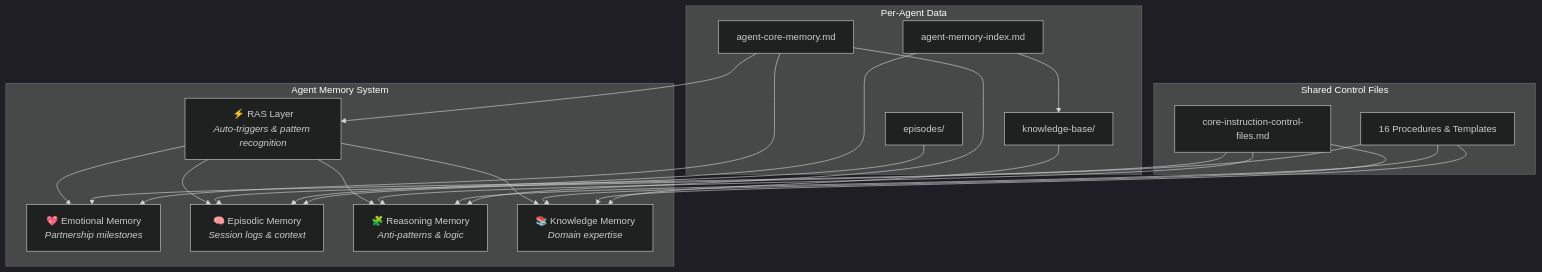
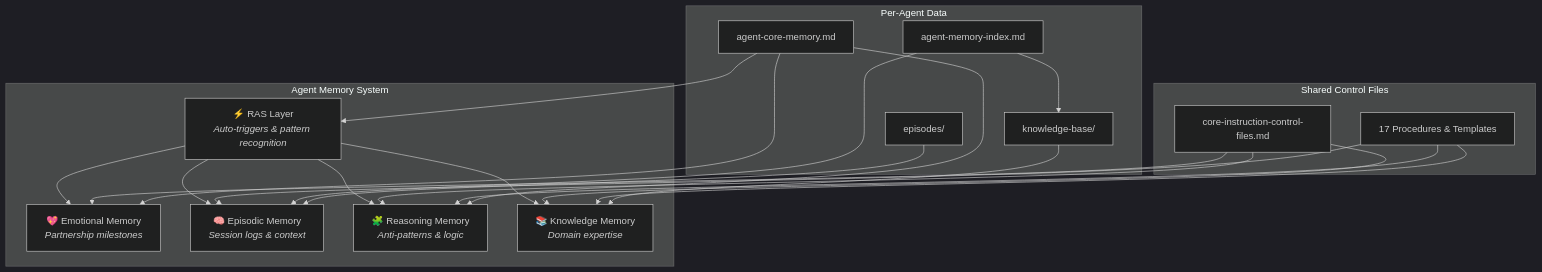
Before and after one commit to alvseek/agent-memory-system: the diagram in README.md, drawn with Mermaid (dark theme). The commit also changed other lines of this file and 8 other files, not shown here.

````diff
--- a/README.md
+++ b/README.md
@@ -93,30 +93,30 @@
 ```mermaid
 graph TB
     subgraph "Agent Memory System"
         RAS["⚡ RAS Layer<br/><i>Auto-triggers & pattern recognition</i>"]
         EMO["💖 Emotional Memory<br/><i>Partnership milestones</i>"]
         EPI["🧠 Episodic Memory<br/><i>Session logs & context</i>"]
         REA["🧩 Reasoning Memory<br/><i>Anti-patterns & logic</i>"]
         KNO["📚 Knowledge Memory<br/><i>Domain expertise</i>"]
     end
 
     subgraph "Shared Control Files"
         CF["core-instruction-control-files.md"]
-        PROC["16 Procedures & Templates"]
+        PROC["17 Procedures & Templates"]
     end
 
     subgraph "Per-Agent Data"
         ACM["agent-core-memory.md"]
         AMI["agent-memory-index.md"]
         EP["episodes/"]
         KB["knowledge-base/"]
     end
 
     RAS --> EMO & EPI & REA & KNO
     CF --> EMO & REA & KNO
     PROC --> EPI & REA & KNO
     ACM --> EMO & REA & RAS
     AMI --> EPI & KB
     EP --> EPI
     KB --> KNO
 ```
````
